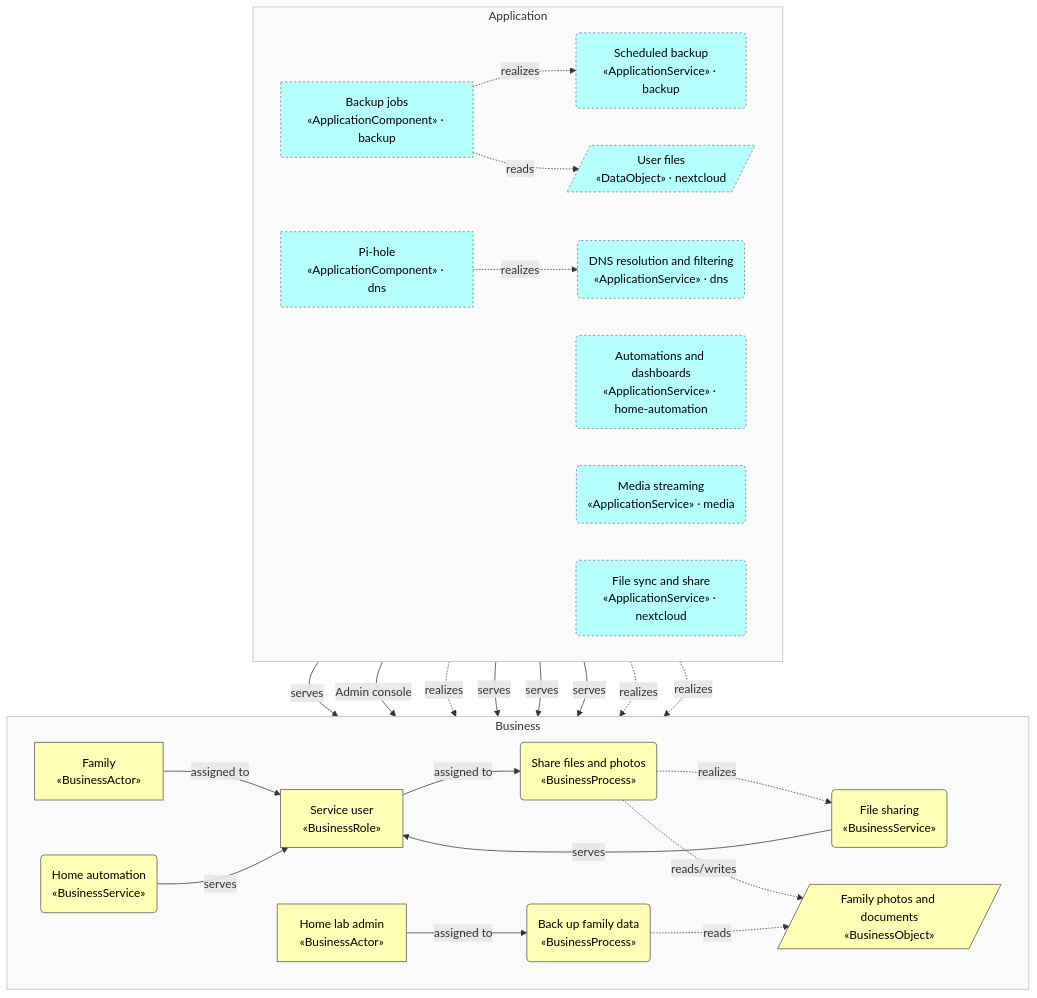
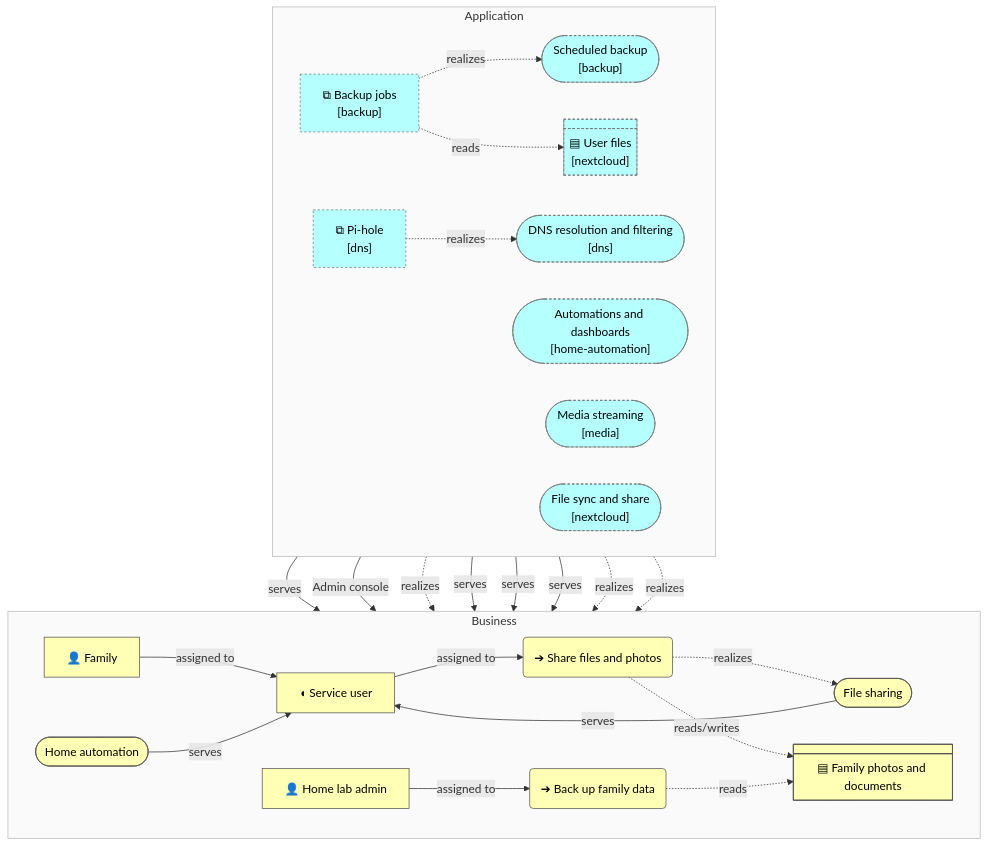
The third of 3 diagrams in docs/enterprise/view-business.md (b-zig/a4m), drawn with Mermaid before and after one commit. The commit also changed other lines of this file and 15 other files, not shown here.

First line of the commit message:
Approximate ArchiMate notation in Mermaid flowcharts

````diff
--- a/docs/enterprise/view-business.md
+++ b/docs/enterprise/view-business.md
@@ -123,52 +125,52 @@
 ```mermaid
 flowchart TB
   subgraph layer_business["Business"]
     direction LR
-    bus_family["Family<br/>«BusinessActor»"]
-    bus_admin["Home lab admin<br/>«BusinessActor»"]
-    bus_role_user["Service user<br/>«BusinessRole»"]
-    bus_proc_share("Share files and photos<br/>«BusinessProcess»")
-    bus_proc_backup("Back up family data<br/>«BusinessProcess»")
-    bus_svc_file_sharing("File sharing<br/>«BusinessService»")
-    bus_svc_automation("Home automation<br/>«BusinessService»")
-    bus_obj_photos[/"Family photos and documents<br/>«BusinessObject»"/]
+    bus_family@{ shape: rect, label: "👤 Family" }
+    bus_admin@{ shape: rect, label: "👤 Home lab admin" }
+    bus_role_user@{ shape: rect, label: "◖ Service user" }
+    bus_proc_share@{ shape: rounded, label: "➔ Share files and photos" }
+    bus_proc_backup@{ shape: rounded, label: "➔ Back up family data" }
+    bus_svc_file_sharing@{ shape: stadium, label: "File sharing" }
+    bus_svc_automation@{ shape: stadium, label: "Home automation" }
+    bus_obj_photos@{ shape: div-rect, label: "▤ Family photos and documents" }
   end
   subgraph layer_application["Application"]
     direction LR
-    backup__app_backup["Backup jobs<br/>«ApplicationComponent» · backup"]
-    backup__app_svc_backup("Scheduled backup<br/>«ApplicationService» · backup")
-    dns__app_pihole["Pi-hole<br/>«ApplicationComponent» · dns"]
-    dns__app_svc_dns("DNS resolution and filtering<br/>«ApplicationService» · dns")
-    home_automation__app_svc_automation("Automations and dashboards<br/>«ApplicationService» · home-automation")
-    media__app_svc_streaming("Media streaming<br/>«ApplicationService» · media")
-    nextcloud__app_data_files[/"User files<br/>«DataObject» · nextcloud"/]
-    nextcloud__app_svc_file_sync("File sync and share<br/>«ApplicationService» · nextcloud")
+    backup__app_backup@{ shape: rect, label: "⧉ Backup jobs<br/>[backup]" }
+    backup__app_svc_backup@{ shape: stadium, label: "Scheduled backup<br/>[backup]" }
+    dns__app_pihole@{ shape: rect, label: "⧉ Pi-hole<br/>[dns]" }
+    dns__app_svc_dns@{ shape: stadium, label: "DNS resolution and filtering<br/>[dns]" }
+    home_automation__app_svc_automation@{ shape: stadium, label: "Automations and dashboards<br/>[home-automation]" }
+    media__app_svc_streaming@{ shape: stadium, label: "Media streaming<br/>[media]" }
+    nextcloud__app_data_files@{ shape: div-rect, label: "▤ User files<br/>[nextcloud]" }
+    nextcloud__app_svc_file_sync@{ shape: stadium, label: "File sync and share<br/>[nextcloud]" }
   end
   bus_family -->|"assigned to"| bus_role_user
   bus_role_user -->|"assigned to"| bus_proc_share
   bus_admin -->|"assigned to"| bus_proc_backup
   bus_proc_share -.->|"realizes"| bus_svc_file_sharing
   bus_svc_file_sharing -->|"serves"| bus_role_user
   bus_svc_automation -->|"serves"| bus_role_user
   bus_proc_share -.->|"reads/writes"| bus_obj_photos
   bus_proc_backup -.->|"reads"| bus_obj_photos
   backup__app_backup -.->|"realizes"| backup__app_svc_backup
   backup__app_svc_backup -->|"serves"| bus_proc_backup
   backup__app_backup -.->|"reads"| nextcloud__app_data_files
   dns__app_pihole -.->|"realizes"| dns__app_svc_dns
   dns__app_svc_dns -->|"Admin console"| bus_admin
   home_automation__app_svc_automation -.->|"realizes"| bus_svc_automation
   home_automation__app_svc_automation -->|"serves"| bus_role_user
   media__app_svc_streaming -->|"serves"| bus_role_user
   nextcloud__app_svc_file_sync -->|"serves"| bus_proc_share
   nextcloud__app_svc_file_sync -.->|"realizes"| bus_svc_file_sharing
   nextcloud__app_data_files -.->|"realizes"| bus_obj_photos
   classDef business fill:#FFFFB5,stroke:#555,color:#000
   class bus_family,bus_admin,bus_role_user,bus_proc_share,bus_proc_backup,bus_svc_file_sharing,bus_svc_automation,bus_obj_photos business
   style layer_business fill:#fafafa,stroke:#bbb
   classDef application fill:#B5FFFF,stroke:#555,color:#000
   class backup__app_backup,backup__app_svc_backup,dns__app_pihole,dns__app_svc_dns,home_automation__app_svc_automation,media__app_svc_streaming,nextcloud__app_data_files,nextcloud__app_svc_file_sync application
   style layer_application fill:#fafafa,stroke:#bbb
   classDef foreign stroke:#777,stroke-dasharray:3 3
   class backup__app_backup,backup__app_svc_backup,dns__app_pihole,dns__app_svc_dns,home_automation__app_svc_automation,media__app_svc_streaming,nextcloud__app_data_files,nextcloud__app_svc_file_sync foreign
 ```
````
